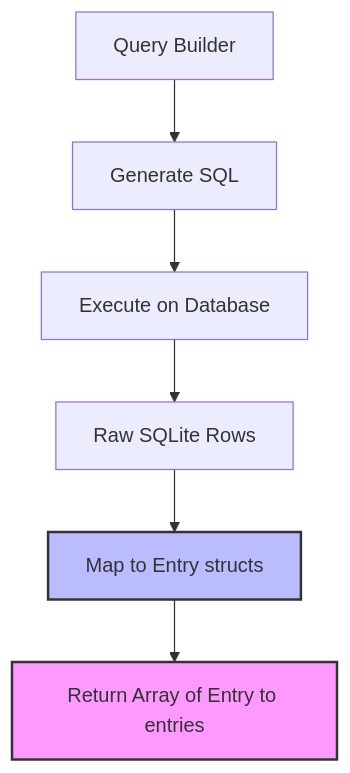
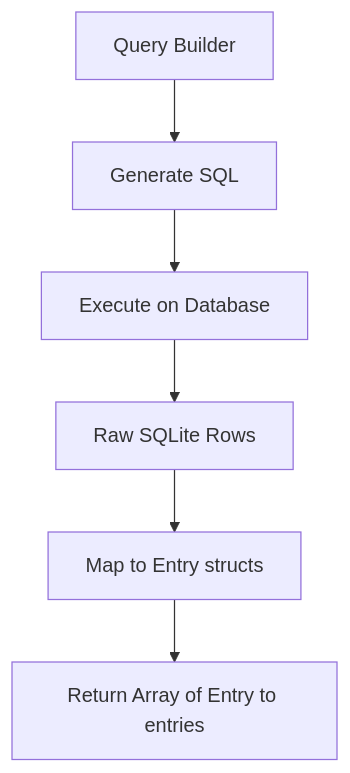
Before and after one commit to riceset/quartz: the fourth of 7 diagrams in content/Dictionary.md, drawn with Mermaid. The commit also changed other lines of this file and 1 other file, not shown here.

Commit message:
Remove dead wikilinks and mermaid colors

````diff
--- a/content/Dictionary.md
+++ b/content/Dictionary.md
@@ -536,11 +532,9 @@
 ```mermaid
 graph TD
     A[Query Builder] --> B[Generate SQL]
     B --> C[Execute on Database]
     C --> D[Raw SQLite Rows]
     D --> E[Map to Entry structs]
     E --> F[Return Array of Entry to entries]
 
-    style E fill:#bbf,stroke:#333,stroke-width:2px
-    style F fill:#f9f,stroke:#333,stroke-width:2px
 ```
````
